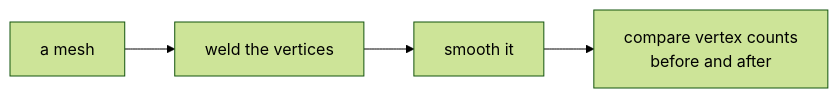
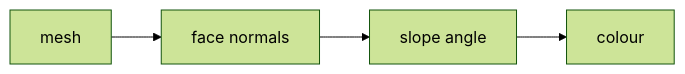
Before and after one commit to rccn-teaching/cdf: the third of 4 diagrams in Lecture/Week_12/goals.md, drawn with Mermaid (forest theme). The commit also changed other lines of this file and 23 other files, not shown here.

Commit message:
Refactor lecture materials for Weeks 13-15: update README and goals to enhance clarity and structure; adjust session objectives and commands; improve flowcharts and voting processes for better engagement and understanding.

````diff
--- a/Lecture/Week_12/goals.md
+++ b/Lecture/Week_12/goals.md
@@ -32,6 +55,8 @@
 ```mermaid
 flowchart LR
-    M["a mesh"] --> W["weld the vertices"]
-    W --> S["smooth it"]
-    S --> C["compare vertex counts<br/>before and after"]
+    M0["mesh"]
+    N1["face normals"]
+    A2["slope angle"]
+    C3["colour"]
+    M0 --> N1 --> A2 --> C3
 ```
````
